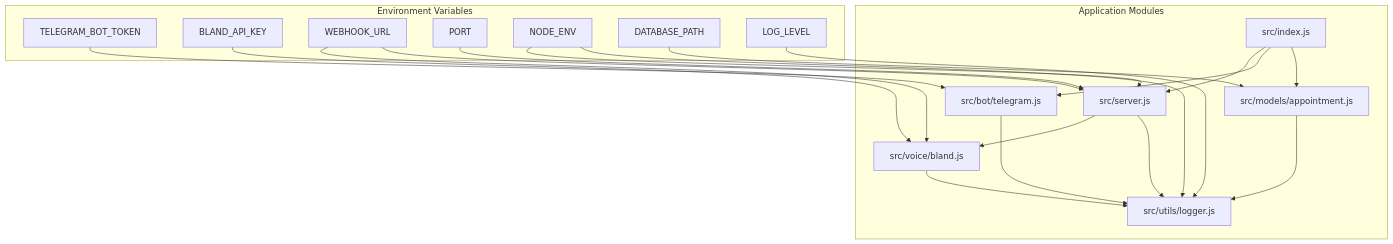
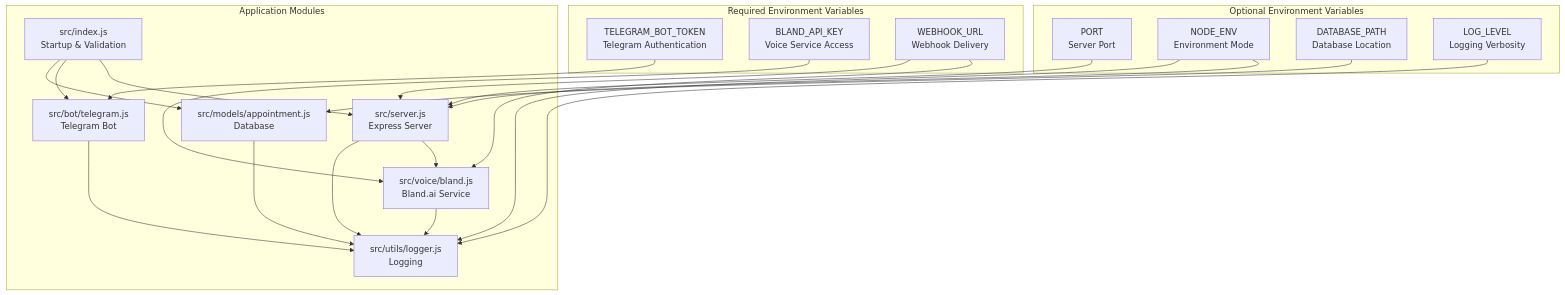
The second of 9 diagrams in .qoder/repowiki/en/content/Configuration and Environment Management.md (Armanda888/appointment-voice-agent), drawn with Mermaid before and after one commit. The commit also changed other lines of this file and 14 other files, not shown here.

````diff
--- a/.qoder/repowiki/en/content/Configuration and Environment Management.md
+++ b/.qoder/repowiki/en/content/Configuration and Environment Management.md
@@ -136,37 +154,39 @@
 ```mermaid
 graph TB
-subgraph "Environment Variables"
-TV["TELEGRAM_BOT_TOKEN"]
-BV["BLAND_API_KEY"]
-WV["WEBHOOK_URL"]
-PV["PORT"]
-NV["NODE_ENV"]
-DV["DATABASE_PATH"]
-LV["LOG_LEVEL"]
+subgraph "Required Environment Variables"
+TV["TELEGRAM_BOT_TOKEN<br/>Telegram Authentication"]
+BV["BLAND_API_KEY<br/>Voice Service Access"]
+WV["WEBHOOK_URL<br/>Webhook Delivery"]
+end
+subgraph "Optional Environment Variables"
+PV["PORT<br/>Server Port"]
+NV["NODE_ENV<br/>Environment Mode"]
+DV["DATABASE_PATH<br/>Database Location"]
+LV["LOG_LEVEL<br/>Logging Verbosity"]
 end
 subgraph "Application Modules"
-IDX["src/index.js"]
-SRV["src/server.js"]
-BOT["src/bot/telegram.js"]
-BLND["src/voice/bland.js"]
-LOG["src/utils/logger.js"]
-DB["src/models/appointment.js"]
+IDX["src/index.js<br/>Startup & Validation"]
+SRV["src/server.js<br/>Express Server"]
+BOT["src/bot/telegram.js<br/>Telegram Bot"]
+BLND["src/voice/bland.js<br/>Bland.ai Service"]
+LOG["src/utils/logger.js<br/>Logging"]
+DB["src/models/appointment.js<br/>Database"]
 end
 TV --> BOT
 BV --> BLND
 WV --> BLND
 WV --> SRV
 PV --> SRV
 NV --> SRV
 NV --> LOG
 DV --> DB
 LV --> LOG
 IDX --> SRV
 IDX --> BOT
 IDX --> DB
 SRV --> BLND
 SRV --> LOG
 BOT --> LOG
 BLND --> LOG
 DB --> LOG
 ```
````
